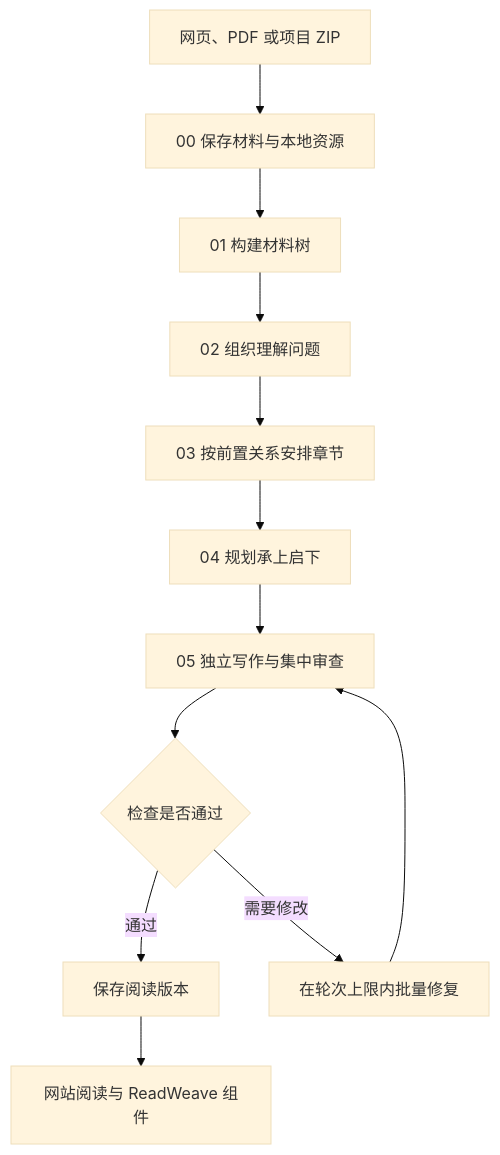
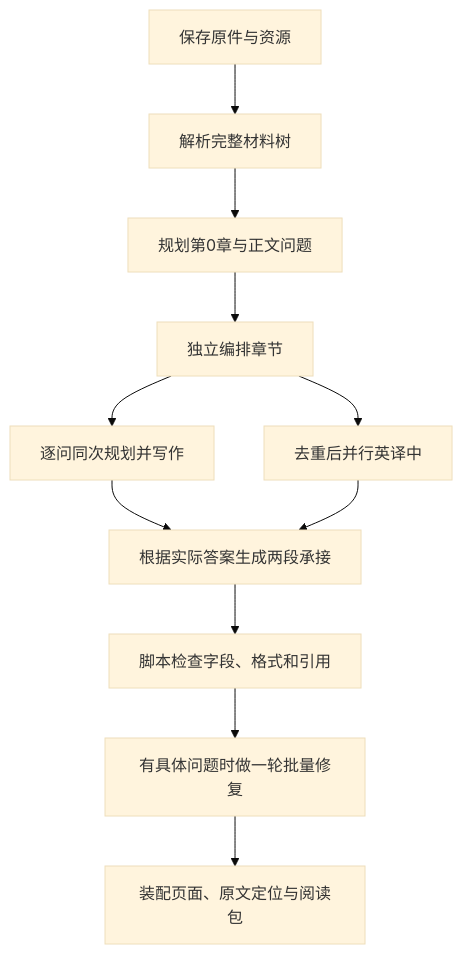
One commit to AIALRA-0/AIALRA-LessonWeave changed the diagram in README.md. Above: the diagram before and after it, drawn with Mermaid (base theme). The commit also changed other lines of this file and 323 other files, not shown here.

````diff
--- a/README.md
+++ b/README.md
@@ -88,14 +49,13 @@
 ```mermaid
 flowchart TD
-    Source[网页、PDF 或项目 ZIP] --> Acquire[00 保存材料与本地资源]
-    Acquire --> Tree[01 构建材料树]
-    Tree --> Questions[02 组织理解问题]
-    Questions --> Chapters[03 按前置关系安排章节]
-    Chapters --> Bridges[04 规划承上启下]
-    Bridges --> Writing[05 独立写作与集中审查]
-    Writing --> Check{检查是否通过}
-    Check -->|通过| Reading[保存阅读版本]
-    Check -->|需要修改| Batch[在轮次上限内批量修复]
-    Batch --> Writing
-    Reading --> Preview[网站阅读与 ReadWeave 组件]
+    A[保存原件与资源] --> B[解析完整材料树]
+    B --> C[规划第0章与正文问题]
+    C --> D[独立编排章节]
+    D --> E[逐问同次规划并写作]
+    D --> T[去重后并行英译中]
+    E --> F[根据实际答案生成两段承接]
+    T --> F
+    F --> G[脚本检查字段、格式和引用]
+    G --> H[有具体问题时做一轮批量修复]
+    H --> I[装配页面、原文定位与阅读包]
 ```
````
